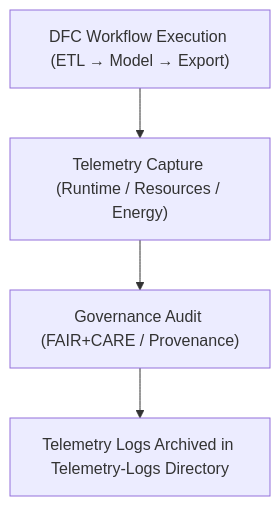
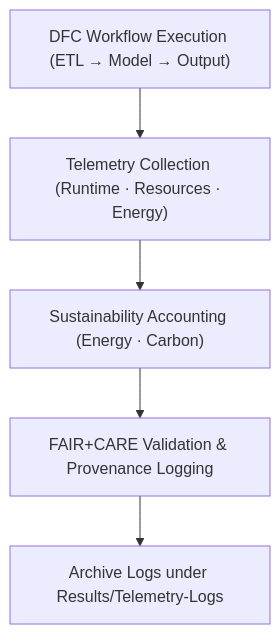
The diagram in docs/analyses/hydrology/drought-flood-correlation/results/telemetry-logs/README.md (bartytime4life/Kansas-Frontier-Matrix), drawn with Mermaid before and after one commit. The commit also changed other lines of this file, not shown here.

First line of the commit message:
Revise README.md for telemetry logs and metrics

````diff
--- a/docs/analyses/hydrology/drought-flood-correlation/results/telemetry-logs/README.md
+++ b/docs/analyses/hydrology/drought-flood-correlation/results/telemetry-logs/README.md
@@ -57,7 +59,8 @@
 ```mermaid
 flowchart TD
-    A["DFC Workflow Execution (ETL → Model → Export)"]
-    --> B["Telemetry Capture (Runtime / Resources / Energy)"]
-    B --> C["Governance Audit (FAIR+CARE / Provenance)"]
-    C --> D["Telemetry Logs Archived in Telemetry-Logs Directory"]
+    A["DFC Workflow Execution (ETL → Model → Output)"]
+    --> B["Telemetry Collection (Runtime · Resources · Energy)"]
+    B --> C["Sustainability Accounting (Energy · Carbon)"]
+    C --> D["FAIR+CARE Validation & Provenance Logging"]
+    D --> E["Archive Logs under Results/Telemetry-Logs"]
 ```
````
